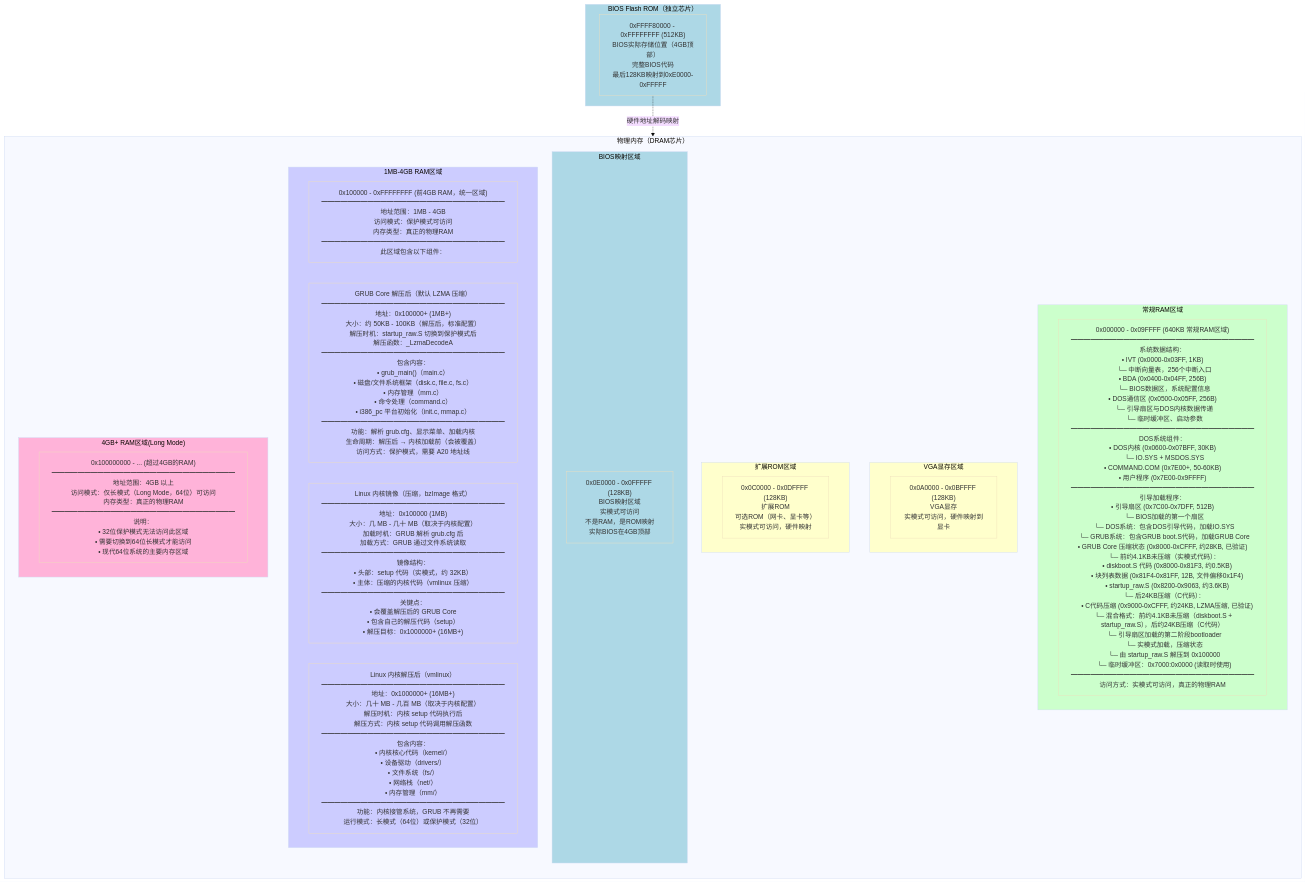
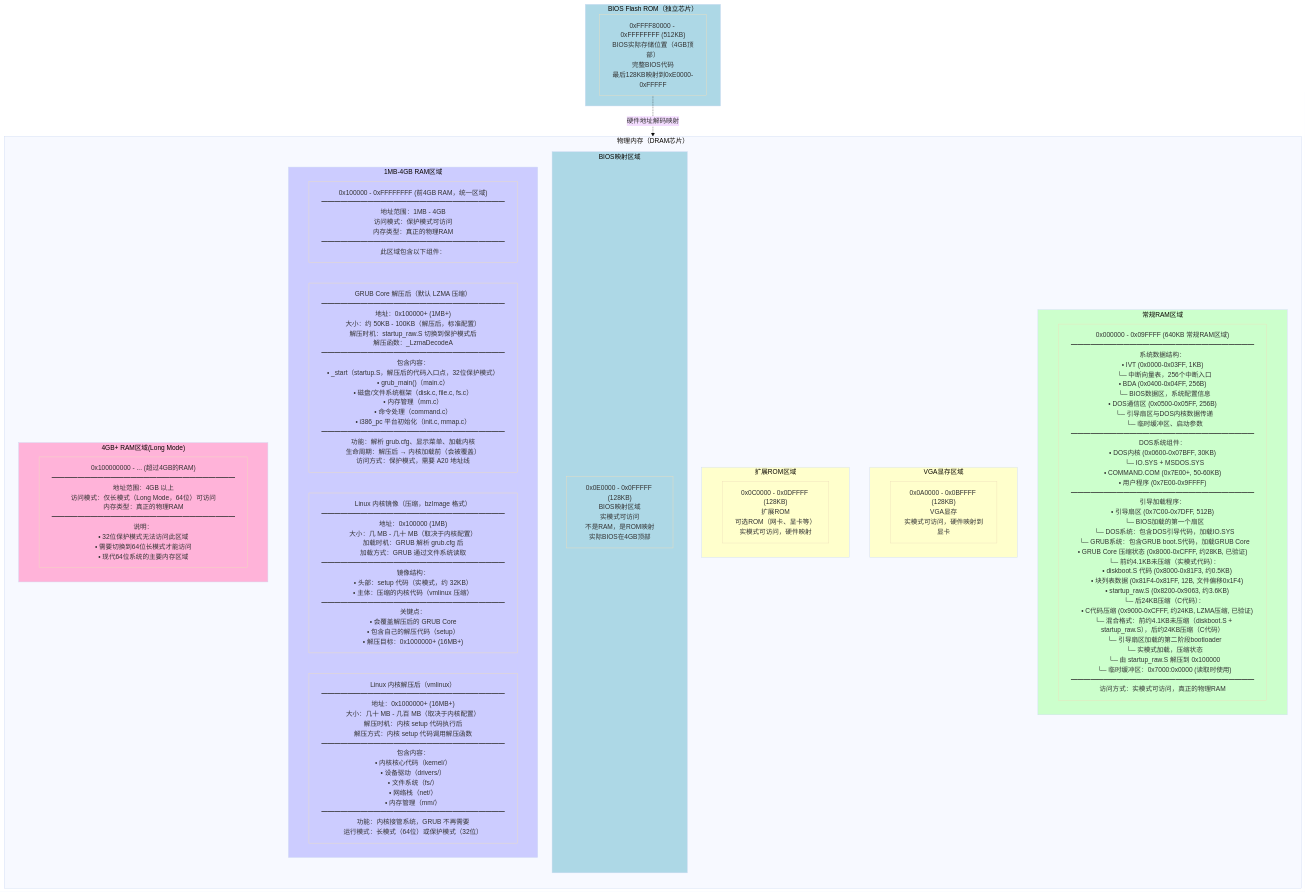
Before and after one commit to liweinan/bootimage-example: the diagram in BIOS_MEMORY_LAYOUT.md, drawn with Mermaid (base theme). The commit also changed other lines of this file and 3 other files, not shown here.

First line of the commit message:
添加 GRUB startup_raw.S 到 startup.S 跳转证明文档，并更新相关文档

````diff
--- a/BIOS_MEMORY_LAYOUT.md
+++ b/BIOS_MEMORY_LAYOUT.md
@@ -287,57 +287,57 @@
    ```mermaid
    flowchart TB
        subgraph DRAM["物理内存（DRAM芯片）"]
            direction TB
            
            subgraph Low640KB["常规RAM区域"]
                LowRAM["0x000000 - 0x09FFFF (640KB 常规RAM区域)<br/>━━━━━━━━━━━━━━━━━━━━━━━━━━━━<br/>系统数据结构：<br/>• IVT (0x0000-0x03FF, 1KB)<br/>  └─ 中断向量表，256个中断入口<br/>• BDA (0x0400-0x04FF, 256B)<br/>  └─ BIOS数据区，系统配置信息<br/>• DOS通信区 (0x0500-0x05FF, 256B)<br/>  └─ 引导扇区与DOS内核数据传递<br/>  └─ 临时缓冲区、启动参数<br/>━━━━━━━━━━━━━━━━━━━━━━━━━━━━<br/>DOS系统组件：<br/>• DOS内核 (0x0600-0x07BFF, 30KB)<br/>  └─ IO.SYS + MSDOS.SYS<br/>• COMMAND.COM (0x7E00+, 50-60KB)<br/>• 用户程序 (0x7E00-0x9FFFF)<br/>━━━━━━━━━━━━━━━━━━━━━━━━━━━━<br/>引导加载程序：<br/>• 引导扇区 (0x7C00-0x7DFF, 512B)<br/>  └─ BIOS加载的第一个扇区<br/>  └─ DOS系统：包含DOS引导代码，加载IO.SYS<br/>  └─ GRUB系统：包含GRUB boot.S代码，加载GRUB Core<br/>• GRUB Core 压缩状态 (0x8000-0xCFFF, 约28KB, 已验证)<br/>  └─ 前约4.1KB未压缩（实模式代码）：<br/>     • diskboot.S 代码 (0x8000-0x81F3, 约0.5KB)<br/>     • 块列表数据 (0x81F4-0x81FF, 12B, 文件偏移0x1F4)<br/>     • startup_raw.S (0x8200-0x9063, 约3.6KB)<br/>  └─ 后24KB压缩（C代码）：<br/>     • C代码压缩 (0x9000-0xCFFF, 约24KB, LZMA压缩, 已验证)<br/>  └─ 混合格式：前约4.1KB未压缩（diskboot.S + startup_raw.S），后约24KB压缩（C代码）<br/>  └─ 引导扇区加载的第二阶段bootloader<br/>  └─ 实模式加载，压缩状态<br/>  └─ 由 startup_raw.S 解压到 0x100000<br/>  └─ 临时缓冲区：0x7000:0x0000 (读取时使用)<br/>━━━━━━━━━━━━━━━━━━━━━━━━━━━━<br/>访问方式：实模式可访问，真正的物理RAM"]
            end
            
            subgraph VGARAM["VGA显存区域"]
                VGAMem["0x0A0000 - 0x0BFFFF (128KB)<br/>VGA显存<br/>实模式可访问，硬件映射到显卡"]
            end
            
            subgraph ExtROM["扩展ROM区域"]
                OptionROM["0x0C0000 - 0x0DFFFF (128KB)<br/>扩展ROM<br/>可选ROM（网卡、显卡等）<br/>实模式可访问，硬件映射"]
            end
            
            subgraph BIOSMap["BIOS映射区域"]
                BIOSMapped["0x0E0000 - 0x0FFFFF (128KB)<br/>BIOS映射区域<br/>实模式可访问<br/>不是RAM，是ROM映射<br/>实际BIOS在4GB顶部"]
            end
            
            subgraph Above1MB["1MB-4GB RAM区域"]
                RAM4GB["0x100000 - 0xFFFFFFFF (前4GB RAM，统一区域)<br/>━━━━━━━━━━━━━━━━━━━━━━━━━━━━<br/>地址范围：1MB - 4GB<br/>访问模式：保护模式可访问<br/>内存类型：真正的物理RAM<br/>━━━━━━━━━━━━━━━━━━━━━━━━━━━━<br/>此区域包含以下组件："]
-               GRUBDecomp["GRUB Core 解压后（默认 LZMA 压缩）<br/>━━━━━━━━━━━━━━━━━━━━━━━━━━━━<br/>地址：0x100000+ (1MB+)<br/>大小：约 50KB - 100KB（解压后，标准配置）<br/>解压时机：startup_raw.S 切换到保护模式后<br/>解压函数：_LzmaDecodeA<br/>━━━━━━━━━━━━━━━━━━━━━━━━━━━━<br/>包含内容：<br/>• grub_main()（main.c）<br/>• 磁盘/文件系统框架（disk.c, file.c, fs.c）<br/>• 内存管理（mm.c）<br/>• 命令处理（command.c）<br/>• i386_pc 平台初始化（init.c, mmap.c）<br/>━━━━━━━━━━━━━━━━━━━━━━━━━━━━<br/>功能：解析 grub.cfg、显示菜单、加载内核<br/>生命周期：解压后 → 内核加载前（会被覆盖）<br/>访问方式：保护模式，需要 A20 地址线"]
+               GRUBDecomp["GRUB Core 解压后（默认 LZMA 压缩）<br/>━━━━━━━━━━━━━━━━━━━━━━━━━━━━<br/>地址：0x100000+ (1MB+)<br/>大小：约 50KB - 100KB（解压后，标准配置）<br/>解压时机：startup_raw.S 切换到保护模式后<br/>解压函数：_LzmaDecodeA<br/>━━━━━━━━━━━━━━━━━━━━━━━━━━━━<br/>包含内容：<br/>• _start（startup.S，解压后的代码入口点，32位保护模式）<br/>• grub_main()（main.c）<br/>• 磁盘/文件系统框架（disk.c, file.c, fs.c）<br/>• 内存管理（mm.c）<br/>• 命令处理（command.c）<br/>• i386_pc 平台初始化（init.c, mmap.c）<br/>━━━━━━━━━━━━━━━━━━━━━━━━━━━━<br/>功能：解析 grub.cfg、显示菜单、加载内核<br/>生命周期：解压后 → 内核加载前（会被覆盖）<br/>访问方式：保护模式，需要 A20 地址线"]
                KernelLoad["Linux 内核镜像（压缩，bzImage 格式）<br/>━━━━━━━━━━━━━━━━━━━━━━━━━━━━<br/>地址：0x100000 (1MB)<br/>大小：几 MB - 几十 MB（取决于内核配置）<br/>加载时机：GRUB 解析 grub.cfg 后<br/>加载方式：GRUB 通过文件系统读取<br/>━━━━━━━━━━━━━━━━━━━━━━━━━━━━<br/>镜像结构：<br/>• 头部：setup 代码（实模式，约 32KB）<br/>• 主体：压缩的内核代码（vmlinux 压缩）<br/>━━━━━━━━━━━━━━━━━━━━━━━━━━━━<br/>关键点：<br/>• 会覆盖解压后的 GRUB Core<br/>• 包含自己的解压代码（setup）<br/>• 解压目标：0x1000000+ (16MB+)"]
                KernelDecomp["Linux 内核解压后（vmlinux）<br/>━━━━━━━━━━━━━━━━━━━━━━━━━━━━<br/>地址：0x1000000+ (16MB+)<br/>大小：几十 MB - 几百 MB（取决于内核配置）<br/>解压时机：内核 setup 代码执行后<br/>解压方式：内核 setup 代码调用解压函数<br/>━━━━━━━━━━━━━━━━━━━━━━━━━━━━<br/>包含内容：<br/>• 内核核心代码（kernel/）<br/>• 设备驱动（drivers/）<br/>• 文件系统（fs/）<br/>• 网络栈（net/）<br/>• 内存管理（mm/）<br/>━━━━━━━━━━━━━━━━━━━━━━━━━━━━<br/>功能：内核接管系统，GRUB 不再需要<br/>运行模式：长模式（64位）或保护模式（32位）"]
            end
            
            subgraph Above4GB["4GB+ RAM区域(Long Mode)"]
                RAM8GB["0x100000000 - ... (超过4GB的RAM)<br/>━━━━━━━━━━━━━━━━━━━━━━━━━━━━<br/>地址范围：4GB 以上<br/>访问模式：仅长模式（Long Mode，64位）可访问<br/>内存类型：真正的物理RAM<br/>━━━━━━━━━━━━━━━━━━━━━━━━━━━━<br/>说明：<br/>• 32位保护模式无法访问此区域<br/>• 需要切换到64位长模式才能访问<br/>• 现代64位系统的主要内存区域"]
            end
        end
        
        subgraph BIOSROM["BIOS Flash ROM（独立芯片）"]
            BIOSFull["0xFFFF80000 - 0xFFFFFFFF (512KB)<br/>BIOS实际存储位置（4GB顶部）<br/>完整BIOS代码<br/>最后128KB映射到0xE0000-0xFFFFF"]
        end
        
        BIOSFull -.->|"硬件地址解码映射"| BIOSMapped
        
        style Low640KB fill:#ccffcc
        style LowRAM fill:#ccffcc
        style VGARAM fill:#ffffcc
        style VGAMem fill:#ffffcc
        style ExtROM fill:#ffffcc
        style OptionROM fill:#ffffcc
        style BIOSMap fill:#add8e6
        style BIOSMapped fill:#add8e6
        style Above1MB fill:#ccccff
        style RAM4GB fill:#ccccff
        style GRUBDecomp fill:#ccccff
        style KernelLoad fill:#ccccff
        style KernelDecomp fill:#ccccff
        style Above4GB fill:#ffb3d9
        style RAM8GB fill:#ffb3d9
        style BIOSROM fill:#add8e6
        style BIOSFull fill:#add8e6
    ```
````
